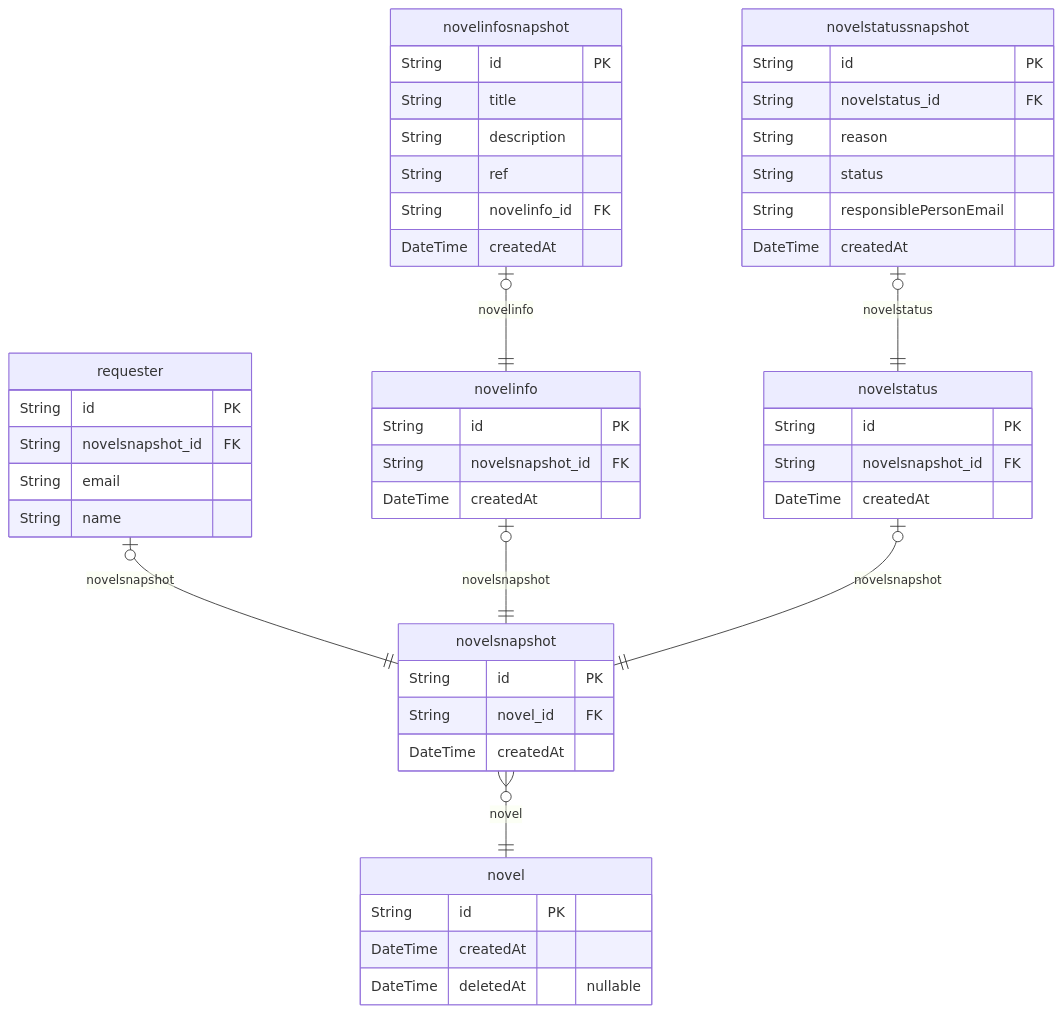
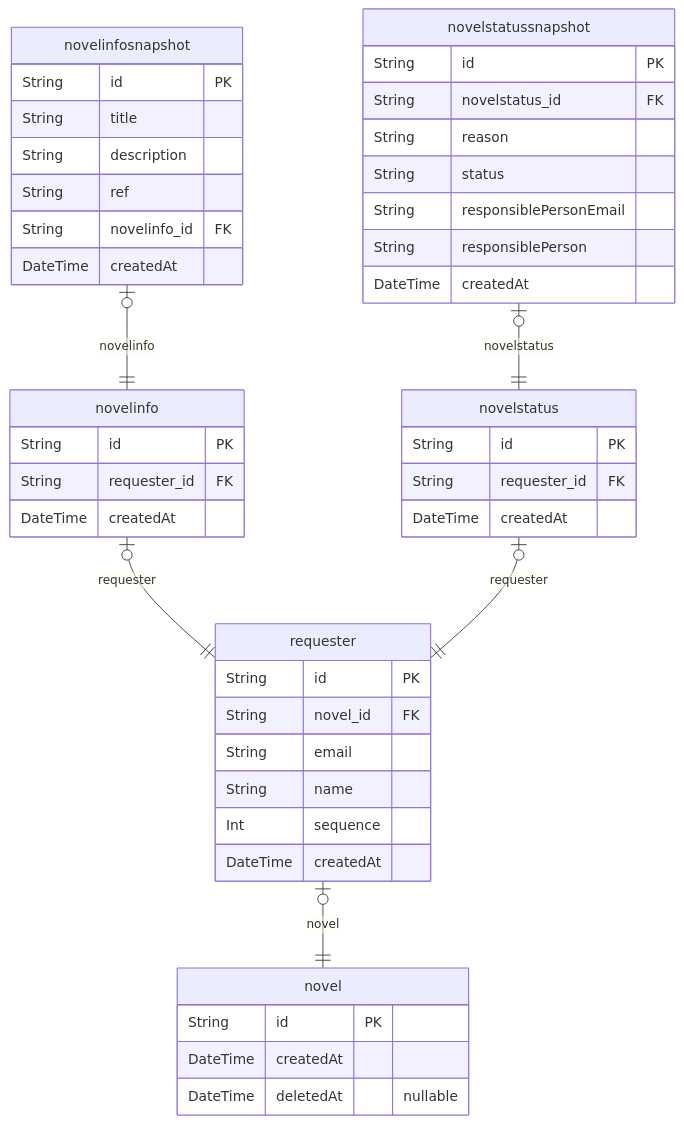
Before and after one commit to ktb-eatbook/eatbook-community: the diagram in ERD.md, drawn with Mermaid. The commit also changed other lines of this file and 48 other files, not shown here.

````diff
--- a/ERD.md
+++ b/ERD.md
@@ -7,51 +7,48 @@
 ```mermaid
 erDiagram
 "novel" {
   String id PK
   DateTime createdAt
   DateTime deletedAt "nullable"
 }
-"novelsnapshot" {
+"requester" {
   String id PK
   String novel_id FK
-  DateTime createdAt
-}
-"requester" {
-  String id PK
-  String novelsnapshot_id FK
   String email
   String name
+  Int sequence
+  DateTime createdAt
 }
 "novelinfo" {
   String id PK
-  String novelsnapshot_id FK
+  String requester_id FK
   DateTime createdAt
 }
 "novelinfosnapshot" {
   String id PK
   String title
   String description
   String ref
   String novelinfo_id FK
   DateTime createdAt
 }
 "novelstatus" {
   String id PK
-  String novelsnapshot_id FK
+  String requester_id FK
   DateTime createdAt
 }
 "novelstatussnapshot" {
   String id PK
   String novelstatus_id FK
   String reason
   String status
   String responsiblePersonEmail
+  String responsiblePerson
   DateTime createdAt
 }
-"novelsnapshot" }o--|| "novel" : novel
-"requester" |o--|| "novelsnapshot" : novelsnapshot
-"novelinfo" |o--|| "novelsnapshot" : novelsnapshot
+"requester" |o--|| "novel" : novel
+"novelinfo" |o--|| "requester" : requester
 "novelinfosnapshot" |o--|| "novelinfo" : novelinfo
-"novelstatus" |o--|| "novelsnapshot" : novelsnapshot
+"novelstatus" |o--|| "requester" : requester
 "novelstatussnapshot" |o--|| "novelstatus" : novelstatus
 ```
````
